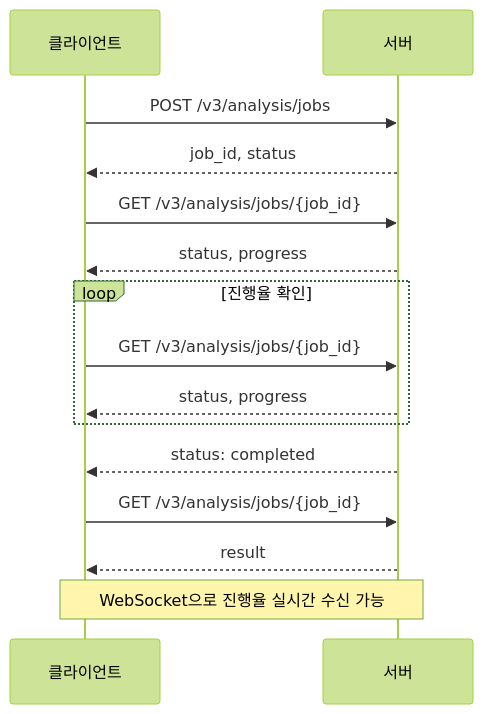
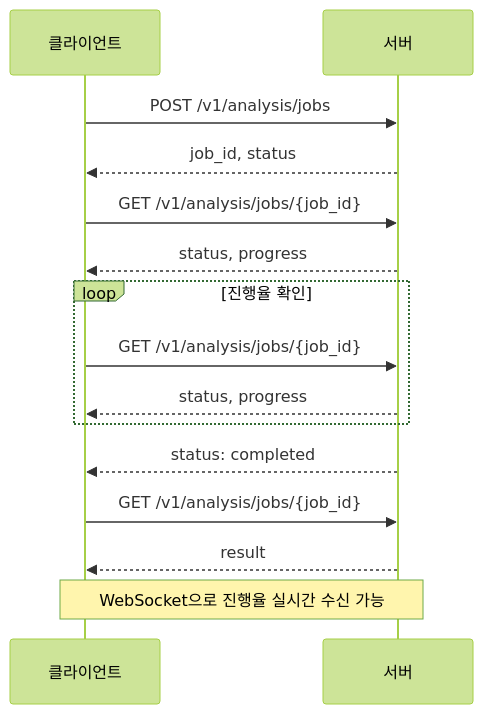
Before and after one commit to coteleafdev/SkinLens: the third of 7 diagrams in docs/ops/SERVER_TEST_GUIDE.md, drawn with Mermaid (forest theme). The commit also changed other lines of this file and 52 other files, not shown here.

````diff
--- a/docs/ops/SERVER_TEST_GUIDE.md
+++ b/docs/ops/SERVER_TEST_GUIDE.md
@@ -105,22 +105,22 @@
 ```mermaid
 sequenceDiagram
     participant C as 클라이언트
     participant S as 서버
     
-    C->>S: POST /v3/analysis/jobs
+    C->>S: POST /v1/analysis/jobs
     S-->>C: job_id, status
     
-    C->>S: GET /v3/analysis/jobs/{job_id}
+    C->>S: GET /v1/analysis/jobs/{job_id}
     S-->>C: status, progress
     
     loop 진행율 확인
-        C->>S: GET /v3/analysis/jobs/{job_id}
+        C->>S: GET /v1/analysis/jobs/{job_id}
         S-->>C: status, progress
     end
     
     S-->>C: status: completed
-    C->>S: GET /v3/analysis/jobs/{job_id}
+    C->>S: GET /v1/analysis/jobs/{job_id}
     S-->>C: result
     
     Note over C,S: WebSocket으로 진행율 실시간 수신 가능
 ```
````
